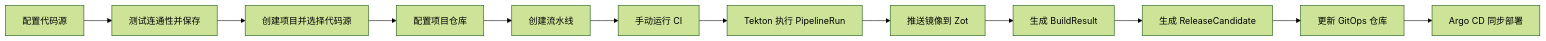
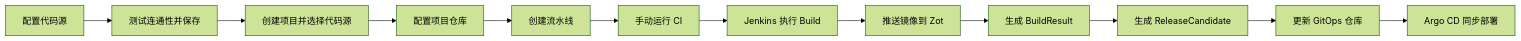
Before and after one commit to Nobodylesszb/bipeline: the diagram in docs/specs/003-ci-cd-product-prototype.md, drawn with Mermaid (forest theme). The commit also changed other lines of this file and 100 other files, not shown here.

````diff
--- a/docs/specs/003-ci-cd-product-prototype.md
+++ b/docs/specs/003-ci-cd-product-prototype.md
@@ -128,14 +128,14 @@
 ```mermaid
 flowchart LR
   A["配置代码源"] --> B["测试连通性并保存"]
   B --> C["创建项目并选择代码源"]
   C --> D["配置项目仓库"]
   D --> E["创建流水线"]
   E --> F["手动运行 CI"]
-  F --> G["Tekton 执行 PipelineRun"]
+  F --> G["Jenkins 执行 Build"]
   G --> H["推送镜像到 Zot"]
   H --> I["生成 BuildResult"]
   I --> J["生成 ReleaseCandidate"]
   J --> K["更新 GitOps 仓库"]
   K --> L["Argo CD 同步部署"]
 ```
````
